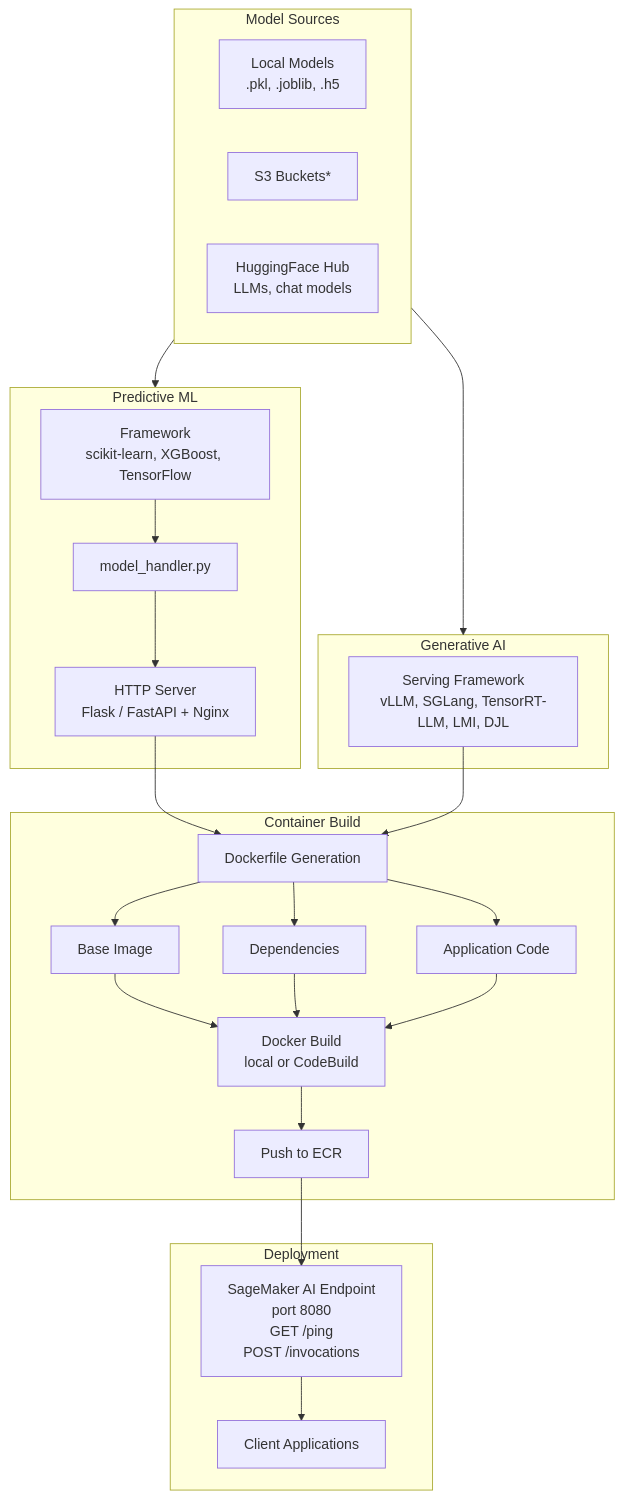
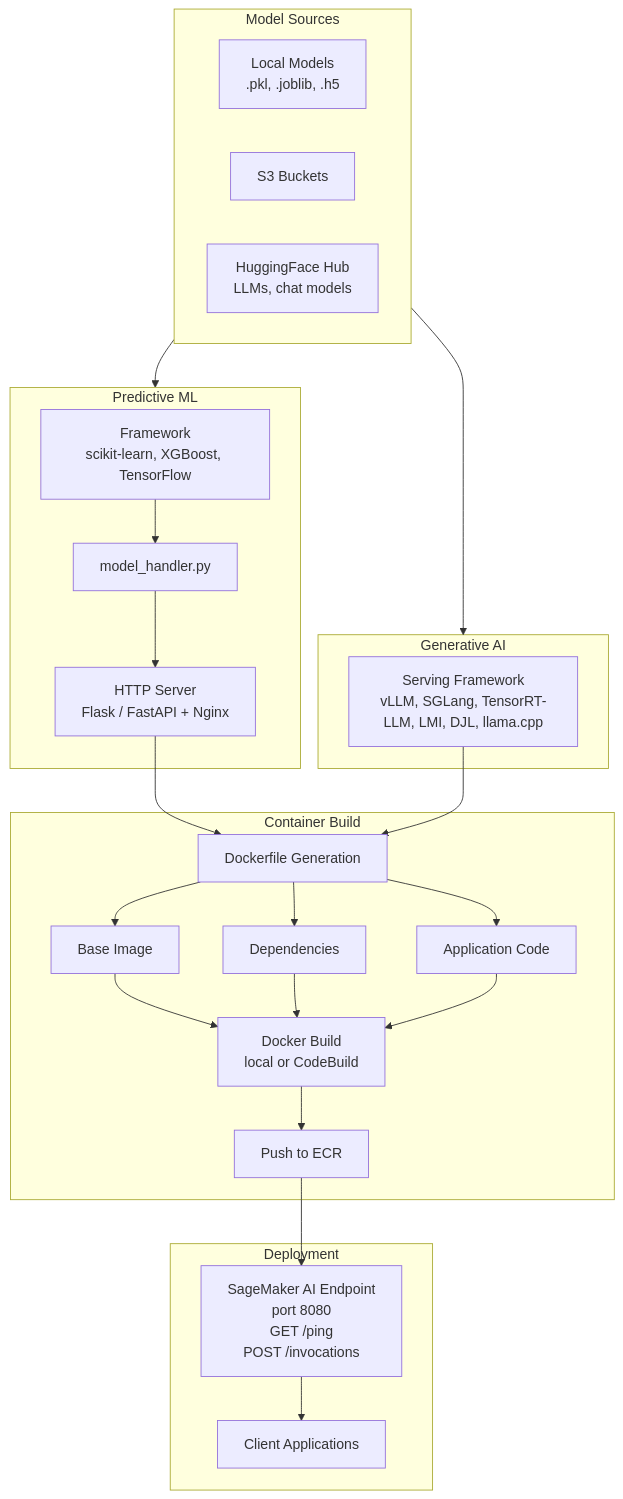
The second of 2 diagrams in docs/how-it-works.md (awslabs/ml-container-creator), drawn with Mermaid before and after one commit. The commit also changed other lines of this file and 14 other files, not shown here.

````diff
--- a/docs/how-it-works.md
+++ b/docs/how-it-works.md
@@ -161,39 +163,39 @@
 ```mermaid
 flowchart TB
     subgraph sources["Model Sources"]
         local["Local Models<br/>.pkl, .joblib, .h5"]
-        s3["S3 Buckets*"]
+        s3["S3 Buckets"]
         hf["HuggingFace Hub<br/>LLMs, chat models"]
     end
 
     subgraph predict["Predictive ML"]
         pfw["Framework<br/>scikit-learn, XGBoost, TensorFlow"]
         handler["model_handler.py"]
         http["HTTP Server<br/>Flask / FastAPI + Nginx"]
     end
 
     subgraph genai["Generative AI"]
-        gfw["Serving Framework<br/>vLLM, SGLang, TensorRT-LLM, LMI, DJL"]
+        gfw["Serving Framework<br/>vLLM, SGLang, TensorRT-LLM, LMI, DJL, llama.cpp"]
     end
 
     subgraph container["Container Build"]
         dockerfile["Dockerfile Generation"]
         base["Base Image"]
         deps["Dependencies"]
         code["Application Code"]
         build["Docker Build<br/>local or CodeBuild"]
         ecr["Push to ECR"]
     end
 
     subgraph deploy["Deployment"]
         endpoint["SageMaker AI Endpoint<br/>port 8080<br/>GET /ping<br/>POST /invocations"]
         clients["Client Applications"]
     end
 
     sources --> predict & genai
     pfw --> handler --> http
     http --> dockerfile
     gfw --> dockerfile
     dockerfile --> base & deps & code
     base & deps & code --> build --> ecr --> endpoint --> clients
 ```
````
